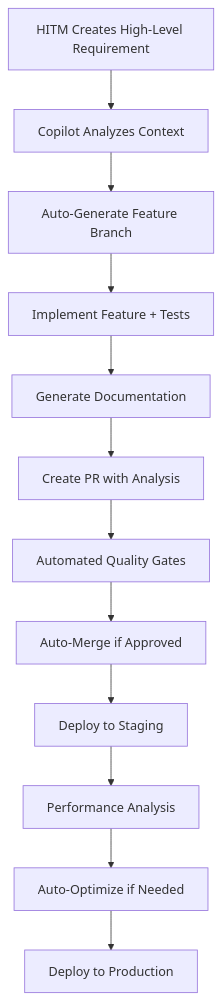
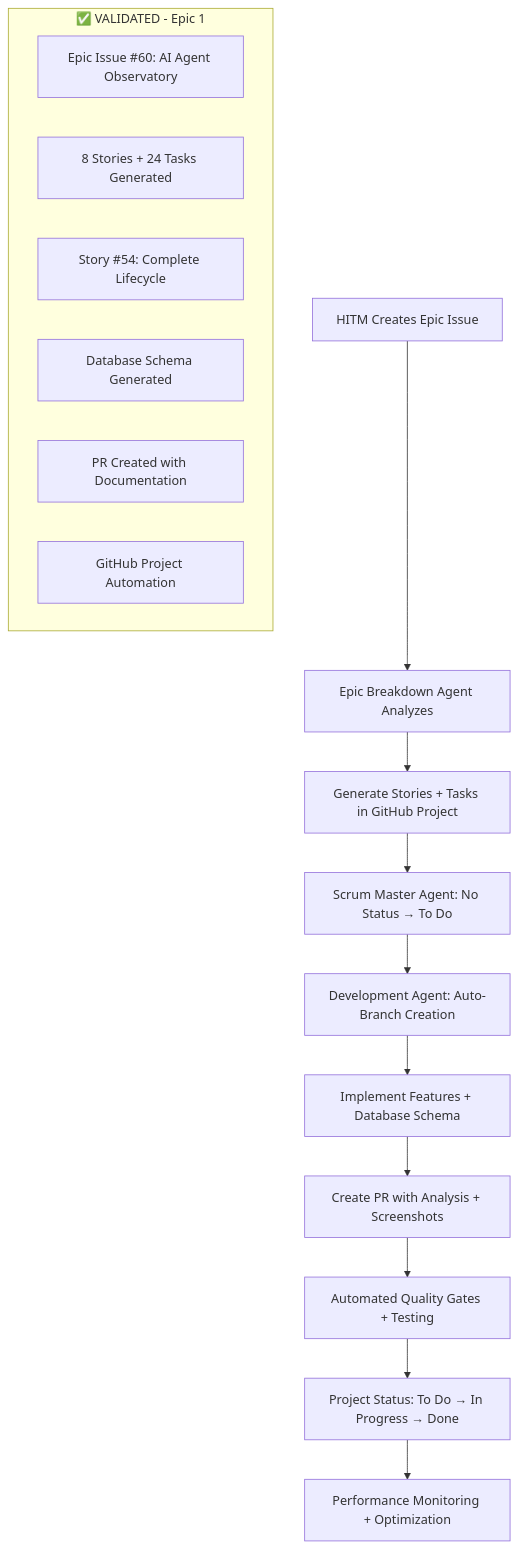
Before and after one commit to didgugoluke/liminal-transit: the first of 3 diagrams in docs/AI-NATIVE-DESIGN.md, drawn with Mermaid. The commit also changed other lines of this file and 7 other files, not shown here.

First line of the commit message:
docs: Update architecture and development docs with Epic 1 foundation achievements

````diff
--- a/docs/AI-NATIVE-DESIGN.md
+++ b/docs/AI-NATIVE-DESIGN.md
@@ -132,14 +153,21 @@
 ```mermaid
 graph TD
-    A[HITM Creates High-Level Requirement] --> B[Copilot Analyzes Context]
-    B --> C[Auto-Generate Feature Branch]
-    C --> D[Implement Feature + Tests]
-    D --> E[Generate Documentation]
-    E --> F[Create PR with Analysis]
-    F --> G[Automated Quality Gates]
-    G --> H[Auto-Merge if Approved]
-    H --> I[Deploy to Staging]
-    I --> J[Performance Analysis]
-    J --> K[Auto-Optimize if Needed]
-    K --> L[Deploy to Production]
+    A[HITM Creates Epic Issue] --> B[Epic Breakdown Agent Analyzes]
+    B --> C[Generate Stories + Tasks in GitHub Project]
+    C --> D[Scrum Master Agent: No Status → To Do]
+    D --> E[Development Agent: Auto-Branch Creation]
+    E --> F[Implement Features + Database Schema]
+    F --> G[Create PR with Analysis + Screenshots]
+    G --> H[Automated Quality Gates + Testing]
+    H --> I[Project Status: To Do → In Progress → Done]
+    I --> J[Performance Monitoring + Optimization]
+
+    subgraph "✅ VALIDATED - Epic 1"
+        K[Epic Issue #60: AI Agent Observatory]
+        L[8 Stories + 24 Tasks Generated]
+        M[Story #54: Complete Lifecycle]
+        N[Database Schema Generated]
+        O[PR Created with Documentation]
+        P[GitHub Project Automation]
+    end
 ```
````
